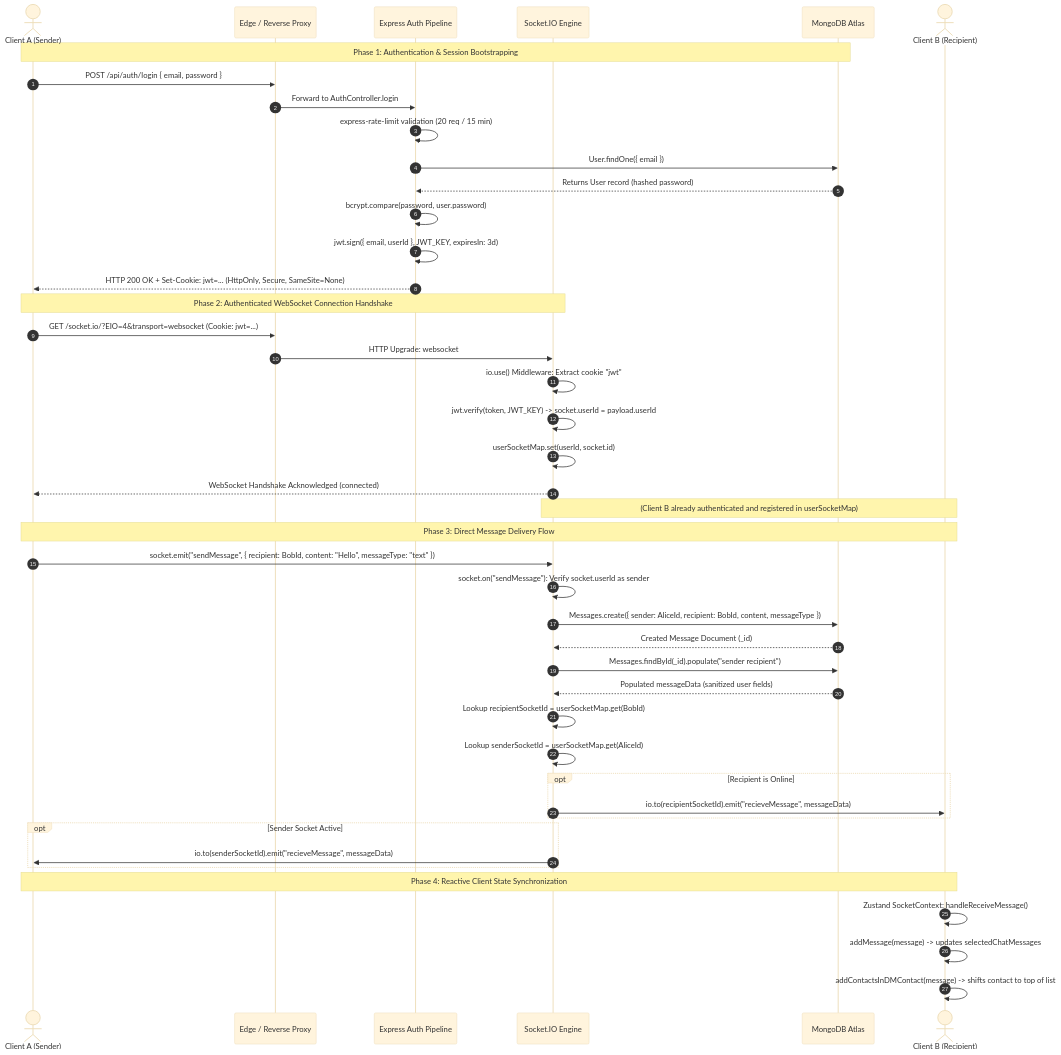
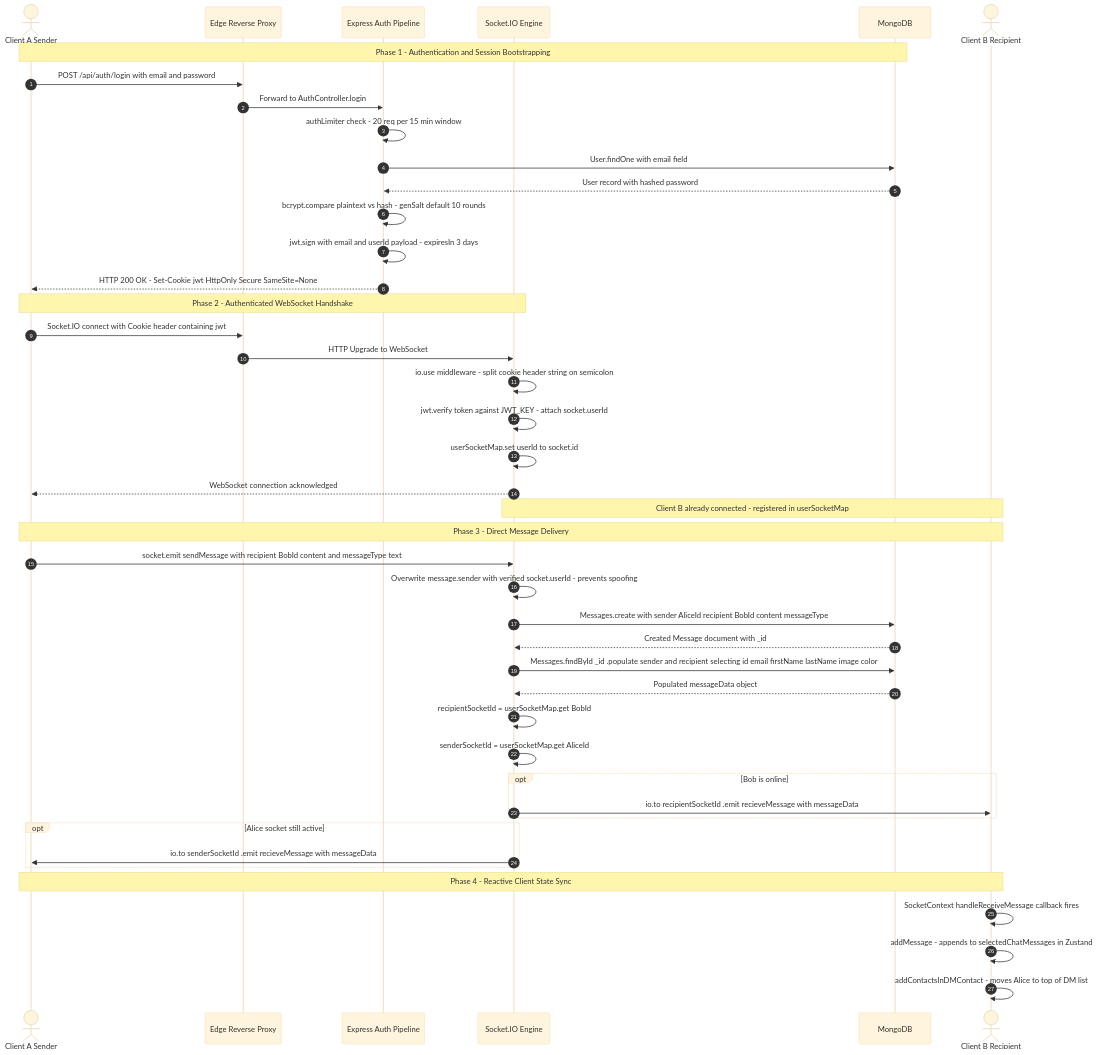
The second of 3 diagrams in docs/1-architecture.md (rishab2211/ChatX), drawn with Mermaid (base theme) before and after one commit. The commit also changed other lines of this file and 5 other files, not shown here.

Commit message:
docs: update technical documentation across architecture, decisions, schemas, and API specs

````diff
--- a/docs/1-architecture.md
+++ b/docs/1-architecture.md
@@ -102,54 +108,53 @@
 ```mermaid
 sequenceDiagram
     autonumber
-    actor Alice as Client A (Sender)
-    participant Edge as Edge / Reverse Proxy
+    actor Alice as Client A Sender
+    participant Edge as Edge Reverse Proxy
     participant Auth as Express Auth Pipeline
     participant Socket as Socket.IO Engine
-    participant DB as MongoDB Atlas
-    actor Bob as Client B (Recipient)
+    participant DB as MongoDB
+    actor Bob as Client B Recipient
 
-    Note over Alice, DB: Phase 1: Authentication & Session Bootstrapping
-    Alice->>Edge: POST /api/auth/login { email, password }
+    Note over Alice,DB: Phase 1 - Authentication and Session Bootstrapping
+    Alice->>Edge: POST /api/auth/login with email and password
     Edge->>Auth: Forward to AuthController.login
-    Auth->>Auth: express-rate-limit validation (20 req / 15 min)
-    Auth->>DB: User.findOne({ email })
-    DB-->>Auth: Returns User record (hashed password)
-    Auth->>Auth: bcrypt.compare(password, user.password)
-    Auth->>Auth: jwt.sign({ email, userId }, JWT_KEY, expiresIn: 3d)
-    Auth-->>Alice: HTTP 200 OK + Set-Cookie: jwt=... (HttpOnly, Secure, SameSite=None)
+    Auth->>Auth: authLimiter check - 20 req per 15 min window
+    Auth->>DB: User.findOne with email field
+    DB-->>Auth: User record with hashed password
+    Auth->>Auth: bcrypt.compare plaintext vs hash - genSalt default 10 rounds
+    Auth->>Auth: jwt.sign with email and userId payload - expiresIn 3 days
+    Auth-->>Alice: HTTP 200 OK - Set-Cookie jwt HttpOnly Secure SameSite=None
 
-    Note over Alice, Socket: Phase 2: Authenticated WebSocket Connection Handshake
-    Alice->>Edge: GET /socket.io/?EIO=4&transport=websocket (Cookie: jwt=...)
-    Edge->>Socket: HTTP Upgrade: websocket
-    Socket->>Socket: io.use() Middleware: Extract cookie "jwt"
-    Socket->>Socket: jwt.verify(token, JWT_KEY) -> socket.userId = payload.userId
-    Socket->>Socket: userSocketMap.set(userId, socket.id)
-    Socket-->>Alice: WebSocket Handshake Acknowledged (connected)
+    Note over Alice,Socket: Phase 2 - Authenticated WebSocket Handshake
+    Alice->>Edge: Socket.IO connect with Cookie header containing jwt
+    Edge->>Socket: HTTP Upgrade to WebSocket
+    Socket->>Socket: io.use middleware - split cookie header string on semicolon
+    Socket->>Socket: jwt.verify token against JWT_KEY - attach socket.userId
+    Socket->>Socket: userSocketMap.set userId to socket.id
+    Socket-->>Alice: WebSocket connection acknowledged
 
-    Note over Bob, Socket: (Client B already authenticated and registered in userSocketMap)
+    Note over Bob,Socket: Client B already connected - registered in userSocketMap
 
-    Note over Alice, Bob: Phase 3: Direct Message Delivery Flow
-    Alice->>Socket: socket.emit("sendMessage", { recipient: BobId, content: "Hello", messageType: "text" })
-    Socket->>Socket: socket.on("sendMessage"): Verify socket.userId as sender
-    Socket->>DB: Messages.create({ sender: AliceId, recipient: BobId, content, messageType })
-    DB-->>Socket: Created Message Document (_id)
-    Socket->>DB: Messages.findById(_id).populate("sender recipient")
-    DB-->>Socket: Populated messageData (sanitized user fields)
-    
-    Socket->>Socket: Lookup recipientSocketId = userSocketMap.get(BobId)
-    Socket->>Socket: Lookup senderSocketId = userSocketMap.get(AliceId)
+    Note over Alice,Bob: Phase 3 - Direct Message Delivery
+    Alice->>Socket: socket.emit sendMessage with recipient BobId content and messageType text
+    Socket->>Socket: Overwrite message.sender with verified socket.userId - prevents spoofing
+    Socket->>DB: Messages.create with sender AliceId recipient BobId content messageType
+    DB-->>Socket: Created Message document with _id
+    Socket->>DB: Messages.findById _id .populate sender and recipient selecting id email firstName lastName image color
+    DB-->>Socket: Populated messageData object
 
-    opt Recipient is Online
-        Socket->>Bob: io.to(recipientSocketId).emit("recieveMessage", messageData)
+    Socket->>Socket: recipientSocketId = userSocketMap.get BobId
+    Socket->>Socket: senderSocketId = userSocketMap.get AliceId
+
+    opt Bob is online
+        Socket->>Bob: io.to recipientSocketId .emit recieveMessage with messageData
+    end
+    opt Alice socket still active
+        Socket->>Alice: io.to senderSocketId .emit recieveMessage with messageData
     end
 
-    opt Sender Socket Active
-        Socket->>Alice: io.to(senderSocketId).emit("recieveMessage", messageData)
-    end
-
-    Note over Alice, Bob: Phase 4: Reactive Client State Synchronization
-    Bob->>Bob: Zustand SocketContext: handleReceiveMessage()
-    Bob->>Bob: addMessage(message) -> updates selectedChatMessages
-    Bob->>Bob: addContactsInDMContact(message) -> shifts contact to top of list
+    Note over Alice,Bob: Phase 4 - Reactive Client State Sync
+    Bob->>Bob: SocketContext handleReceiveMessage callback fires
+    Bob->>Bob: addMessage - appends to selectedChatMessages in Zustand
+    Bob->>Bob: addContactsInDMContact - moves Alice to top of DM list
 ```
````
